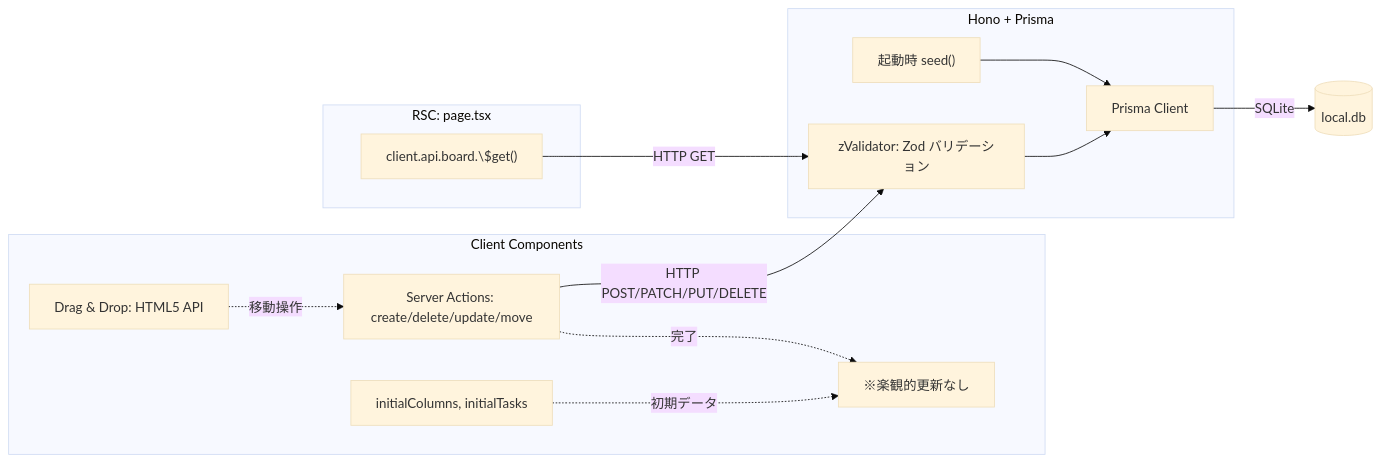
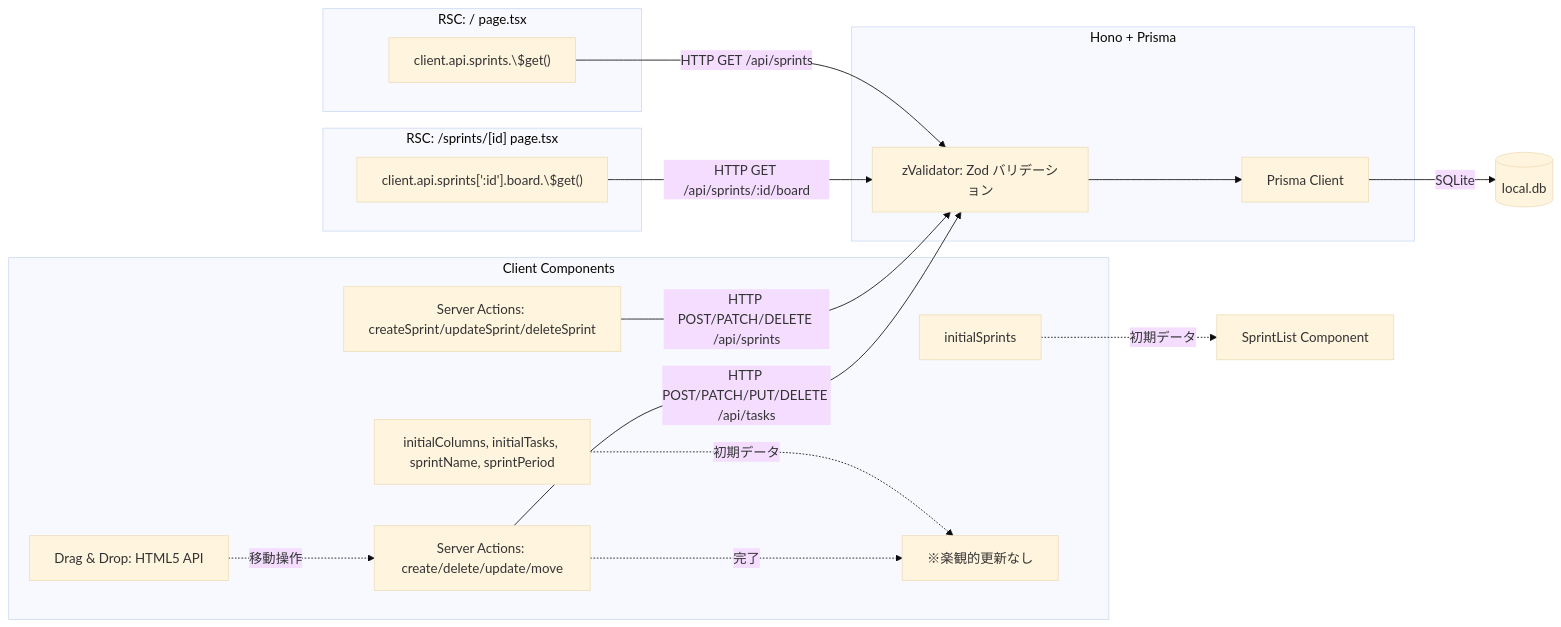
The fifth of 6 diagrams in docs/architecture.md (ryu1/hono-react-board-app), drawn with Mermaid (base theme) before and after one commit. The commit also changed other lines of this file and 8 other files, not shown here.

````diff
--- a/docs/architecture.md
+++ b/docs/architecture.md
@@ -367,29 +454,36 @@
 ```mermaid
 flowchart LR
-    subgraph Frontend_RSC ["RSC: page.tsx"]
-        Load["client.api.board.\$get()"]
+    subgraph Frontend_RSC_List ["RSC: / page.tsx"]
+        LoadList["client.api.sprints.\$get()"]
+    end
+
+    subgraph Frontend_RSC_Detail ["RSC: /sprints/[id] page.tsx"]
+        LoadDetail["client.api.sprints[':id'].board.\$get()"]
     end
 
     subgraph Frontend_Client ["Client Components"]
-        Props["initialColumns, initialTasks"]
+        PropsList["initialSprints"]
+        PropsDetail["initialColumns, initialTasks, sprintName, sprintPeriod"]
         State["useState tasks"]
-        Actions["Server Actions: create/delete/update/move"]
+        SprintActions["Server Actions: createSprint/updateSprint/deleteSprint"]
+        TaskActions["Server Actions: create/delete/update/move"]
         DnD["Drag & Drop: HTML5 API"]
     end
 
     subgraph Backend ["Hono + Prisma"]
         ZVal["zValidator: Zod バリデーション"]
         Prisma["Prisma Client"]
-        Seed["起動時 seed()"]
     end
 
-    Load -->|HTTP GET| ZVal
-    Actions -->|HTTP POST/PATCH/PUT/DELETE| ZVal
+    LoadList -->|HTTP GET /api/sprints| ZVal
+    LoadDetail -->|HTTP GET /api/sprints/:id/board| ZVal
+    SprintActions -->|HTTP POST/PATCH/DELETE /api/sprints| ZVal
+    TaskActions -->|HTTP POST/PATCH/PUT/DELETE /api/tasks| ZVal
     ZVal --> Prisma
     Prisma -->|SQLite| DB[(local.db)]
-    Seed --> Prisma
     
-    Props -.->|初期データ| State
-    DnD -.->|移動操作| Actions
-    Actions -.->|完了| State["※楽観的更新なし"]
+    PropsList -.->|初期データ| SprintList["SprintList Component"]
+    PropsDetail -.->|初期データ| State
+    DnD -.->|移動操作| TaskActions
+    TaskActions -.->|完了| State["※楽観的更新なし"]
 ```
````
